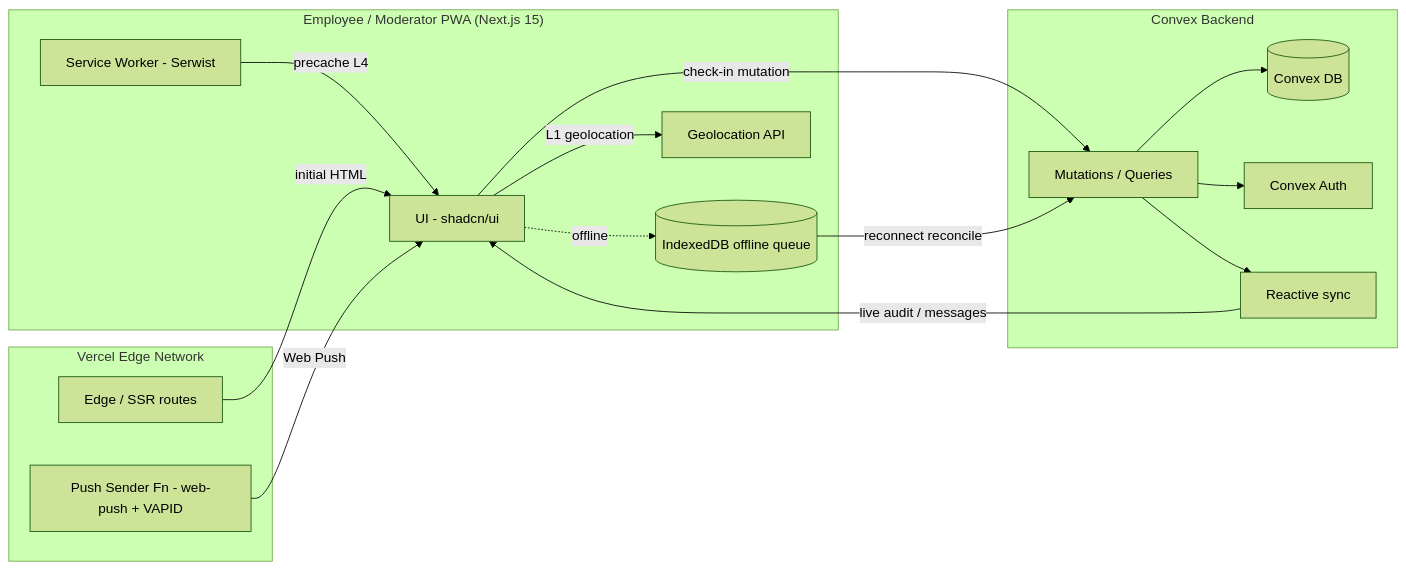
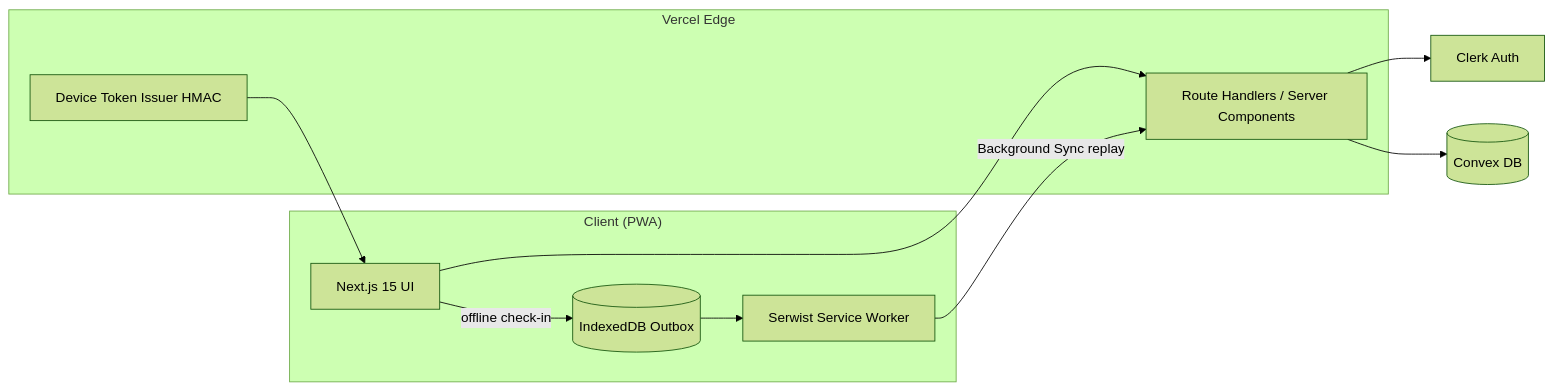
One commit to TeacherEvan/J-pay changed the first of 5 diagrams in j-pay.md. Above: the diagram before and after it, drawn with Mermaid (forest theme). The commit also changed other lines of this file, not shown here.

````diff
--- a/j-pay.md
+++ b/j-pay.md
@@ -57,31 +279,22 @@
 ```mermaid
 flowchart LR
-  subgraph Client["Employee / Moderator PWA (Next.js 15)"]
-    UI[UI - shadcn/ui]
-    SW[Service Worker - Serwist]
-    IDB[(IndexedDB offline queue)]
-    GEO[Geolocation API]
-  end
-  subgraph Vercel["Vercel Edge Network"]
-    EDGE[Edge / SSR routes]
-    PUSH[Push Sender Fn - web-push + VAPID]
-  end
-  subgraph Convex["Convex Backend"]
-    MUT[Mutations / Queries]
-    DB[(Convex DB)]
-    AUTH[Convex Auth]
-    REALTIME[Reactive sync]
-  end
+    subgraph Client["Client (PWA)"]
+        UI[Next.js 15 UI]
+        SW[Serwist Service Worker]
+        OB[(IndexedDB Outbox)]
+    end
+    subgraph Vercel["Vercel Edge"]
+        RH[Route Handlers / Server Components]
+        DT[Device Token Issuer HMAC]
+    end
+    CL[Clerk Auth]
+    CX[(Convex DB)]
 
-  UI -->|L1 geolocation| GEO
-  UI -->|check-in mutation| MUT
-  UI -. offline .-> IDB
-  IDB -->|reconnect reconcile| MUT
-  SW -->|precache L4| UI
-  EDGE -->|initial HTML| UI
-  PUSH -->|Web Push| UI
-  MUT --> DB
-  MUT --> AUTH
-  MUT --> REALTIME
-  REALTIME -->|live audit / messages| UI
+    UI --> RH
+    RH --> CL
+    RH --> CX
+    UI -- offline check-in --> OB
+    OB --> SW
+    SW -- Background Sync replay --> RH
+    DT --> UI
 ```
````
